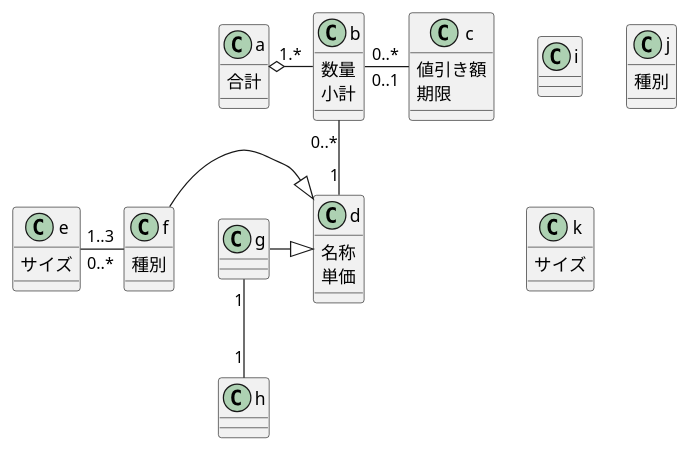
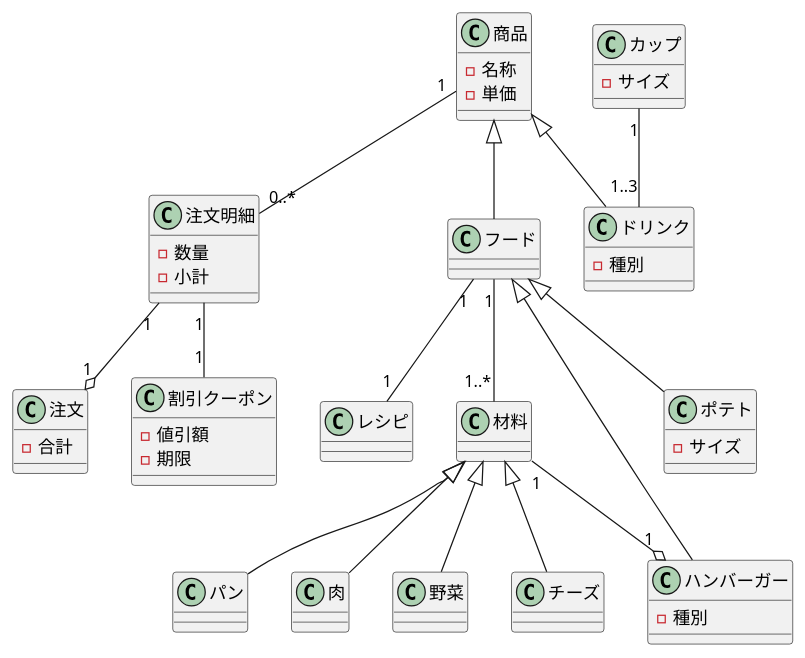
The diagram in 演習7-4-1_CL_ハンバーガーショップ.pu (hosoya0503/uml-intro), drawn with PlantUML before and after one commit.

```diff
--- a/演習7-4-1_CL_ハンバーガーショップ.pu
+++ b/演習7-4-1_CL_ハンバーガーショップ.pu
@@ -1,44 +1,68 @@
-@startuml ハンバーガー
+@startuml ハンバーガーショップ
 
-class a {
-    合計
+class 注文 {
+  - 合計
 }
-class b {
-    数量
-    小計
+
+class 注文明細 {
+  - 数量
+  - 小計
 }
-class c {
-    値引き額
-    期限
+
+class 割引クーポン {
+  - 値引額
+  - 期限
 }
-class d {
-    名称
-    単価
+
+class 商品 {
+  - 名称
+  - 単価
 }
-class e {
-    サイズ
+
+class カップ {
+  - サイズ
 }
-class f {
-    種別
+
+class ドリンク extends 商品 {
+  - 種別
 }
-class g {
+
+class フード extends 商品 {
 }
-class h {
+
+class レシピ{
+
 }
-class i {
+
+class 材料 {
 }
-class j {
-    種別
+class パン extends 材料{
 }
-class k {
-    サイズ
+class 肉 extends 材料{
 }
-a "1.*" o= b
-b "0..*" = "0..1" c
-b "0..*" -- "1" d
-e "1..3" = "0..*" f
-f =^ d
-g -^ d
-g "1" -- "1" h
+class 野菜 extends 材料{
+}
+class チーズ extends 材料{
+}
+
+class ハンバーガー extends フード {
+  - 種別
+}
+
+class ポテト extends フード {
+  - サイズ
+}
+
+
+注文明細 "1" --o "1" 注文 
+商品 "1" -- "0..*" 注文明細 
+注文明細 "1" -- "1" 割引クーポン
+
+カップ "1" -- "1..3" ドリンク 
+ 
+フード "1" -- "1..*" 材料 
+フード "1" -- "1" レシピ
+
+材料 "1" --o "1" ハンバーガー
 
 @enduml
```
